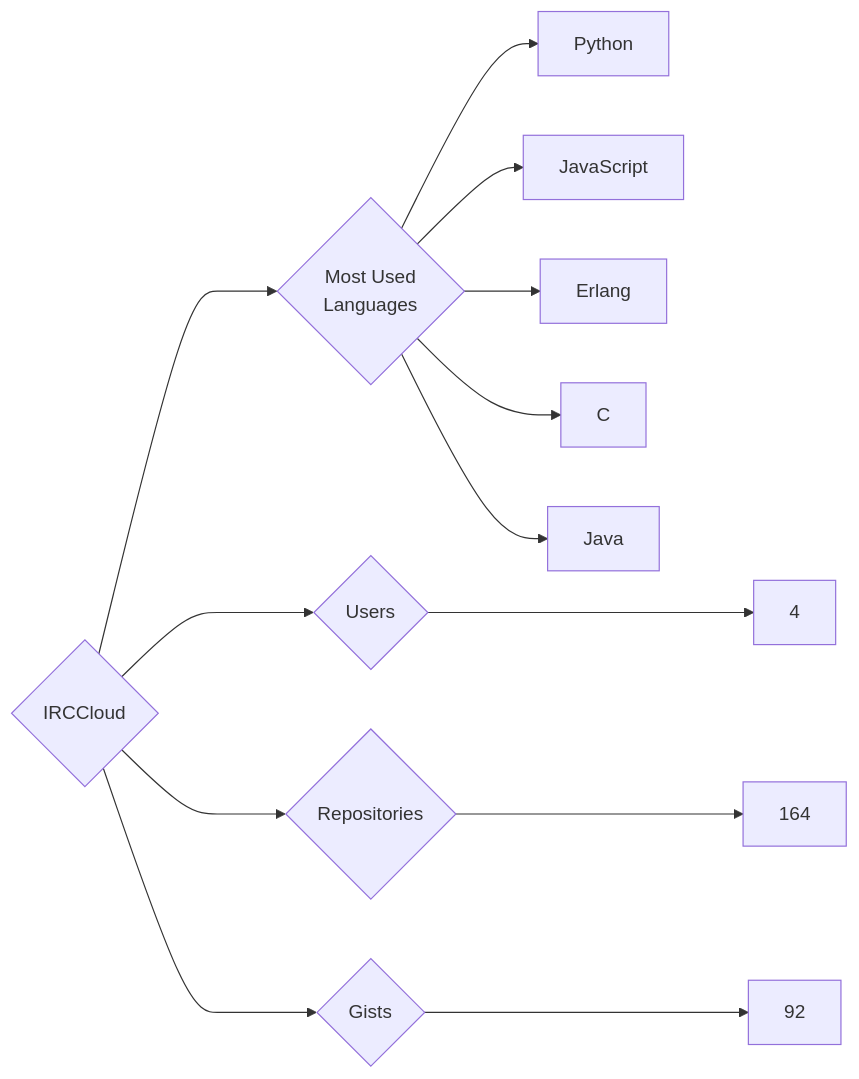
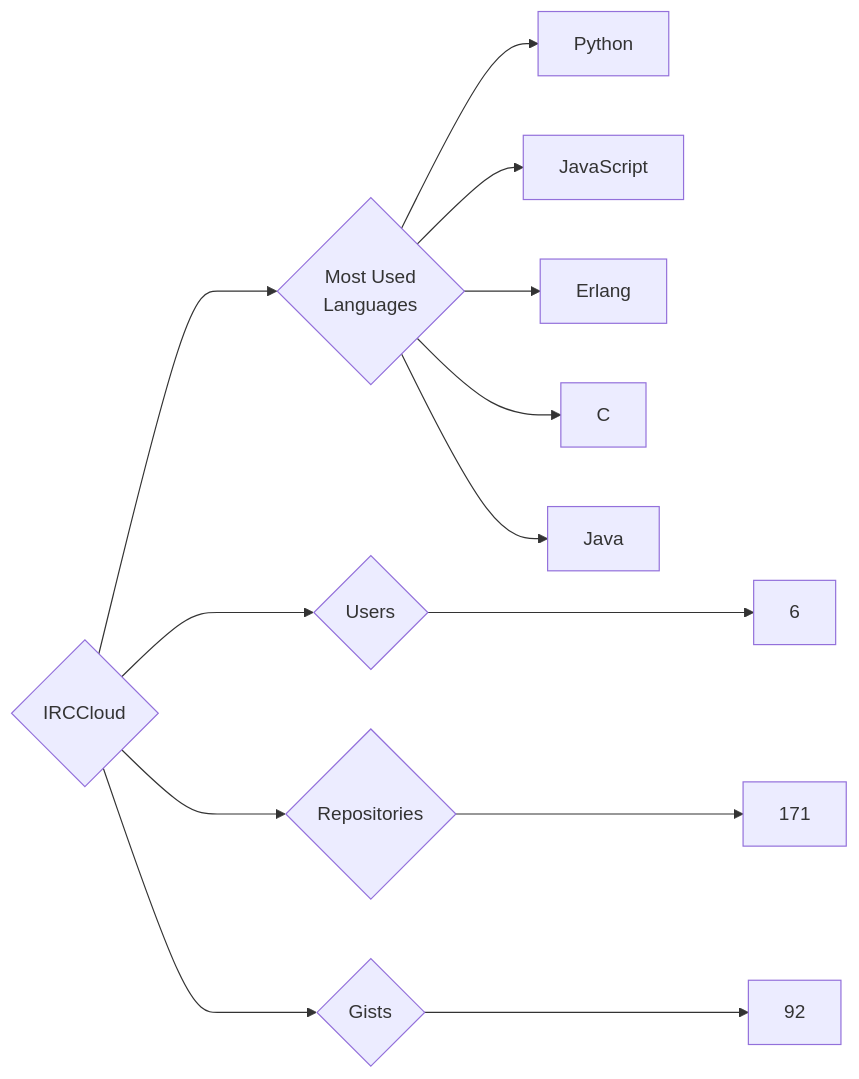
One commit to trickest/insiders changed the diagram in targets/IRCCloud/README.md. Above: the diagram before and after it, drawn with Mermaid. The commit also changed 1314 other files, not shown here.

````diff
--- a/targets/IRCCloud/README.md
+++ b/targets/IRCCloud/README.md
@@ -3,13 +3,13 @@
 ```mermaid
 graph LR
 COMPANY_NAME{IRCCloud}
-COMPANY_NAME ---> U{Users} ---> UN[4]
-COMPANY_NAME ---> R{Repositories} ---> RN[164]
+COMPANY_NAME ---> U{Users} ---> UN[6]
+COMPANY_NAME ---> R{Repositories} ---> RN[171]
 COMPANY_NAME ---> G{Gists} ---> GN[92]
 COMPANY_NAME ---> ML{Most Used<br>Languages}
 ML --> Python[Python]
 ML --> JavaScript[JavaScript]
 ML --> Erlang[Erlang]
 ML --> C[C]
 ML --> Java[Java]
 ```
````
